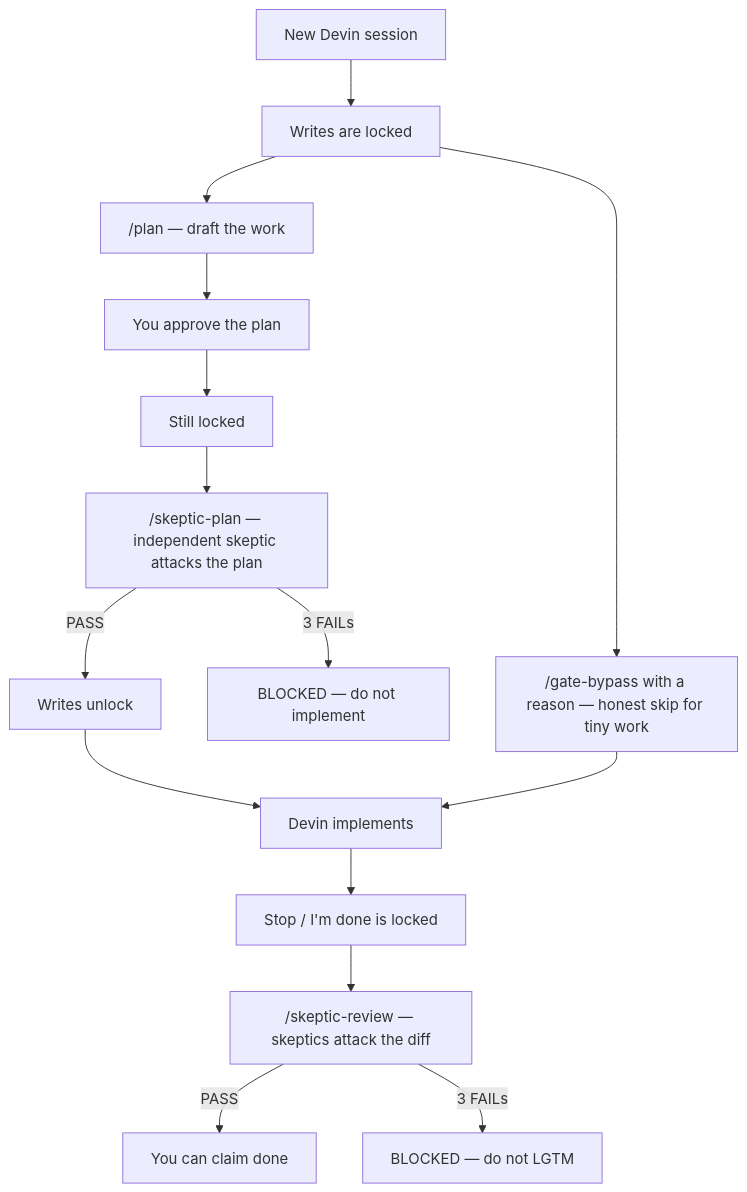
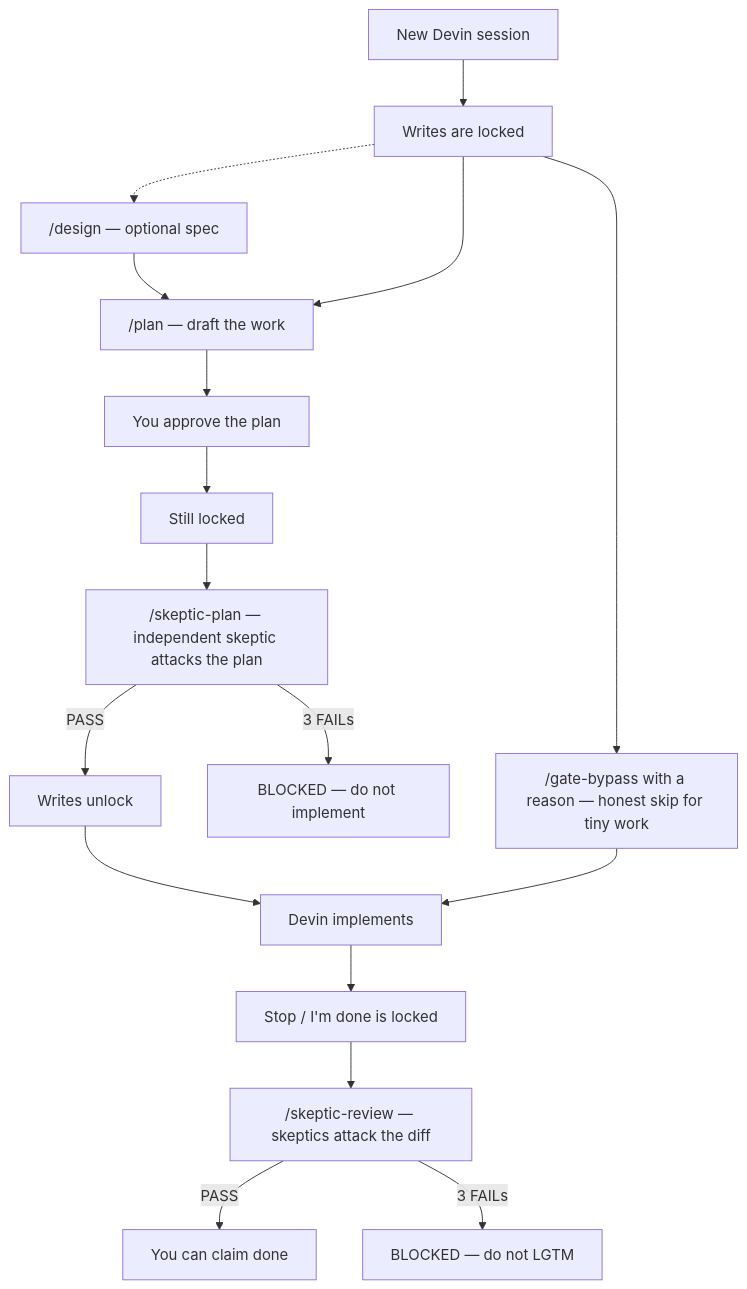
Before and after one commit to hilather/devin-skills: the first of 2 diagrams in README.md, drawn with Mermaid. The commit also changed other lines of this file and 2 other files, not shown here.

First line of the commit message:
docs: add /design writer-reviewer flow diagrams

````diff
--- a/README.md
+++ b/README.md
@@ -58,17 +58,19 @@
 ```mermaid
 flowchart TD
   A[New Devin session] --> B[Writes are locked]
+  B -.-> Opt["/design — optional spec"]
+  Opt --> C
   B --> C["/plan — draft the work"]
   C --> D[You approve the plan]
   D --> E["Still locked"]
   E --> F["/skeptic-plan — independent skeptic attacks the plan"]
   F -->|PASS| G[Writes unlock]
   F -->|3 FAILs| X[BLOCKED — do not implement]
   G --> H[Devin implements]
   H --> I["Stop / I'm done is locked"]
   I --> J["/skeptic-review — skeptics attack the diff"]
   J -->|PASS| K[You can claim done]
   J -->|3 FAILs| Y[BLOCKED — do not LGTM]
   B --> Z["/gate-bypass with a reason — honest skip for tiny work"]
   Z --> H
 ```
````
